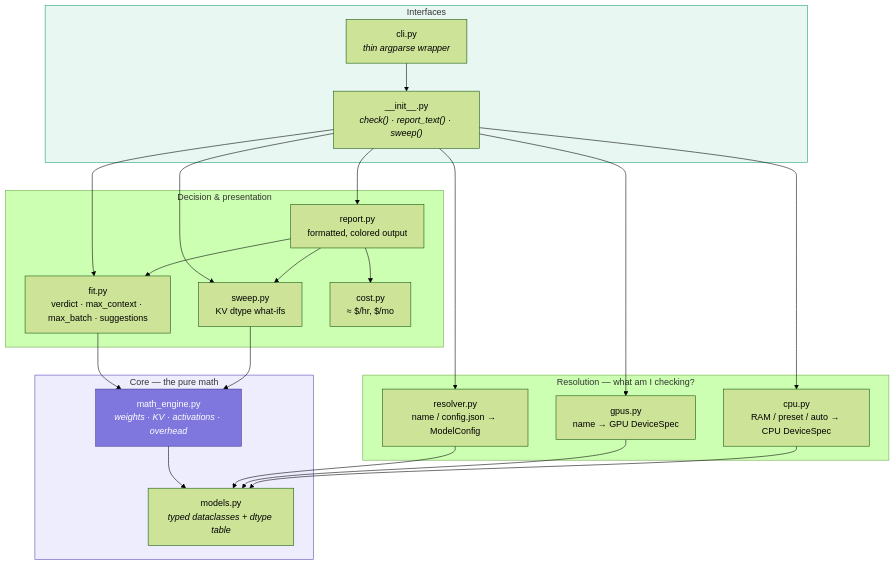
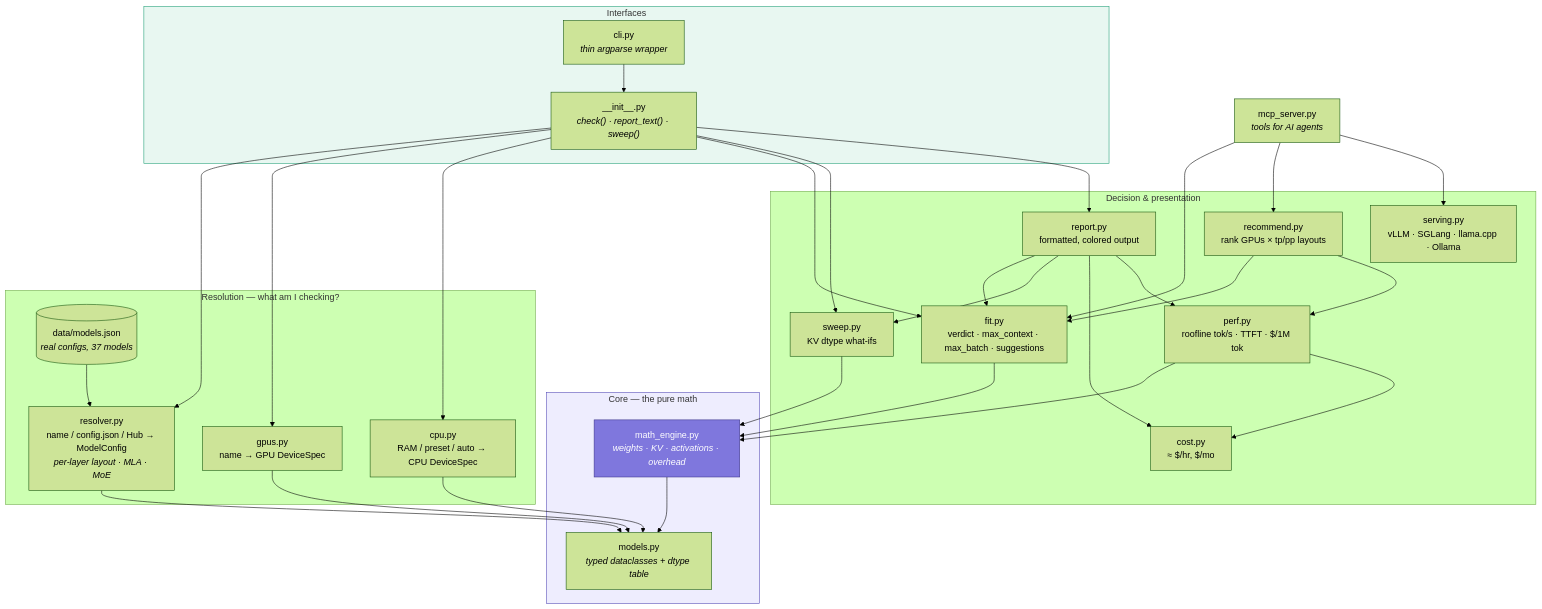
The ninth of 11 diagrams in README.md (debaditc/kvfit), drawn with Mermaid (forest theme) before and after one commit. The commit also changed other lines of this file and 18 other files, not shown here.

````diff
--- a/README.md
+++ b/README.md
@@ -463,37 +760,46 @@
 ```mermaid
 flowchart TB
     subgraph interfaces["Interfaces"]
       CLI["cli.py<br/><i>thin argparse wrapper</i>"]
       API["__init__.py<br/><i>check() · report_text() · sweep()</i>"]
     end
     subgraph resolution["Resolution — what am I checking?"]
-      RES["resolver.py<br/>name / config.json → ModelConfig"]
+      RES["resolver.py<br/>name / config.json / Hub → ModelConfig<br/><i>per-layer layout · MLA · MoE</i>"]
+      DATA[("data/models.json<br/><i>real configs, 37 models</i>")]
       GPUS["gpus.py<br/>name → GPU DeviceSpec"]
       CPU["cpu.py<br/>RAM / preset / auto → CPU DeviceSpec"]
     end
     subgraph core["Core — the pure math"]
       MODELS["models.py<br/><i>typed dataclasses + dtype table</i>"]
       MATH["math_engine.py<br/><i>weights · KV · activations · overhead</i>"]
     end
     subgraph decide["Decision & presentation"]
       FIT["fit.py<br/>verdict · max_context · max_batch · suggestions"]
       SWEEP["sweep.py<br/>KV dtype what-ifs"]
       COST["cost.py<br/>≈ $/hr, $/mo"]
+      PERF["perf.py<br/>roofline tok/s · TTFT · $/1M tok"]
+      REC["recommend.py<br/>rank GPUs × tp/pp layouts"]
+      SERVE["serving.py<br/>vLLM · SGLang · llama.cpp · Ollama"]
       REPORT["report.py<br/>formatted, colored output"]
     end
+    MCP["mcp_server.py<br/><i>tools for AI agents</i>"]
 
     CLI --> API
+    MCP --> FIT & REC & SERVE
+    REC --> FIT & PERF
+    PERF --> MATH & COST
     API --> RES & GPUS & CPU
     API --> FIT & SWEEP & REPORT
     FIT --> MATH
     SWEEP --> MATH
-    REPORT --> FIT & SWEEP & COST
+    REPORT --> FIT & SWEEP & COST & PERF
     MATH --> MODELS
     RES --> MODELS
+    DATA --> RES
     GPUS --> MODELS
     CPU --> MODELS
 
     style core fill:#eeedfe,stroke:#534ab7
     style MATH fill:#7f77dd,stroke:#3c3489,color:#fff
     style interfaces fill:#e8f7f1,stroke:#1d9e75
 ```
````
